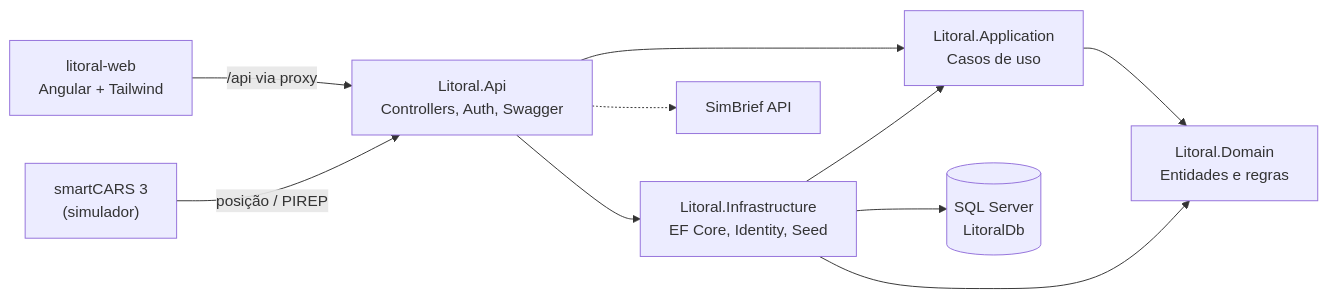
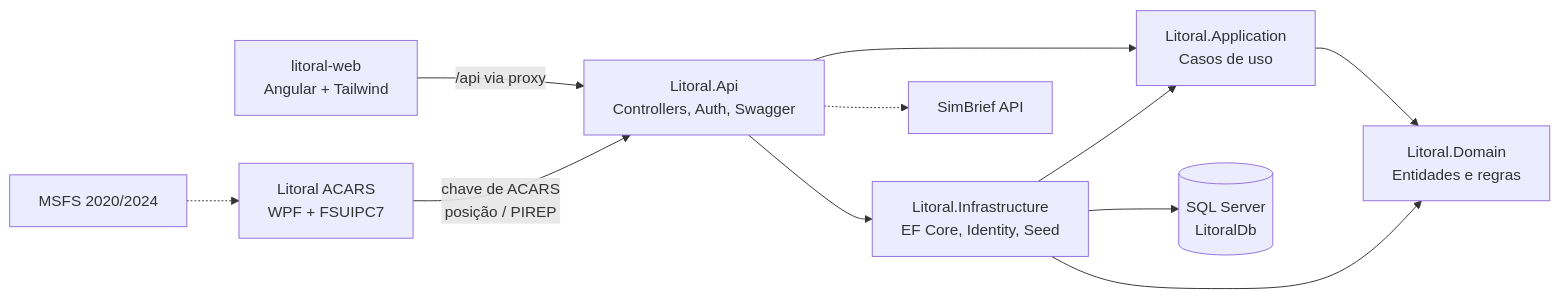
Before and after one commit to alexandrefgs/litoral-linhas-aereas: the diagram in README.md, drawn with Mermaid. The commit also changed other lines of this file and 42 other files, not shown here.

Commit message:
feat: Litoral ACARS v0 (WPF + FSUIPC7) with core library, booking endpoint and tests

````diff
--- a/README.md
+++ b/README.md
@@ -763,12 +790,13 @@
 ```mermaid
 flowchart LR
     WEB["litoral-web<br/>Angular + Tailwind"] -->|/api via proxy| API
-    ACARS["smartCARS 3<br/>(simulador)"] -->|posição / PIREP| API
+    ACARS["Litoral ACARS<br/>WPF + FSUIPC7"] -->|chave de ACARS<br/>posição / PIREP| API
+    SIM["MSFS 2020/2024"] -.-> ACARS
     API["Litoral.Api<br/>Controllers, Auth, Swagger"] --> APP["Litoral.Application<br/>Casos de uso"]
     API --> INFRA["Litoral.Infrastructure<br/>EF Core, Identity, Seed"]
     APP --> DOMAIN["Litoral.Domain<br/>Entidades e regras"]
     INFRA --> APP
     INFRA --> DOMAIN
     INFRA --> DB[("SQL Server<br/>LitoralDb")]
     API -.-> SIMBRIEF["SimBrief API"]
 ```
````
